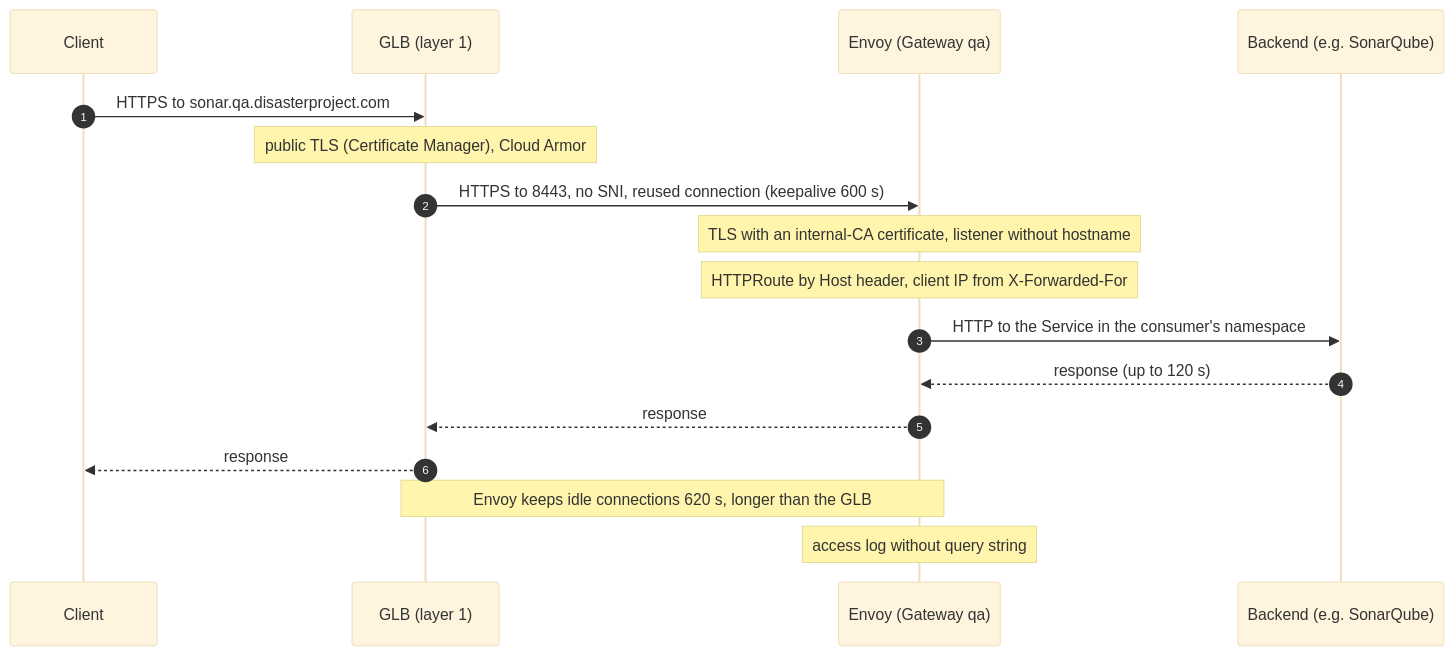
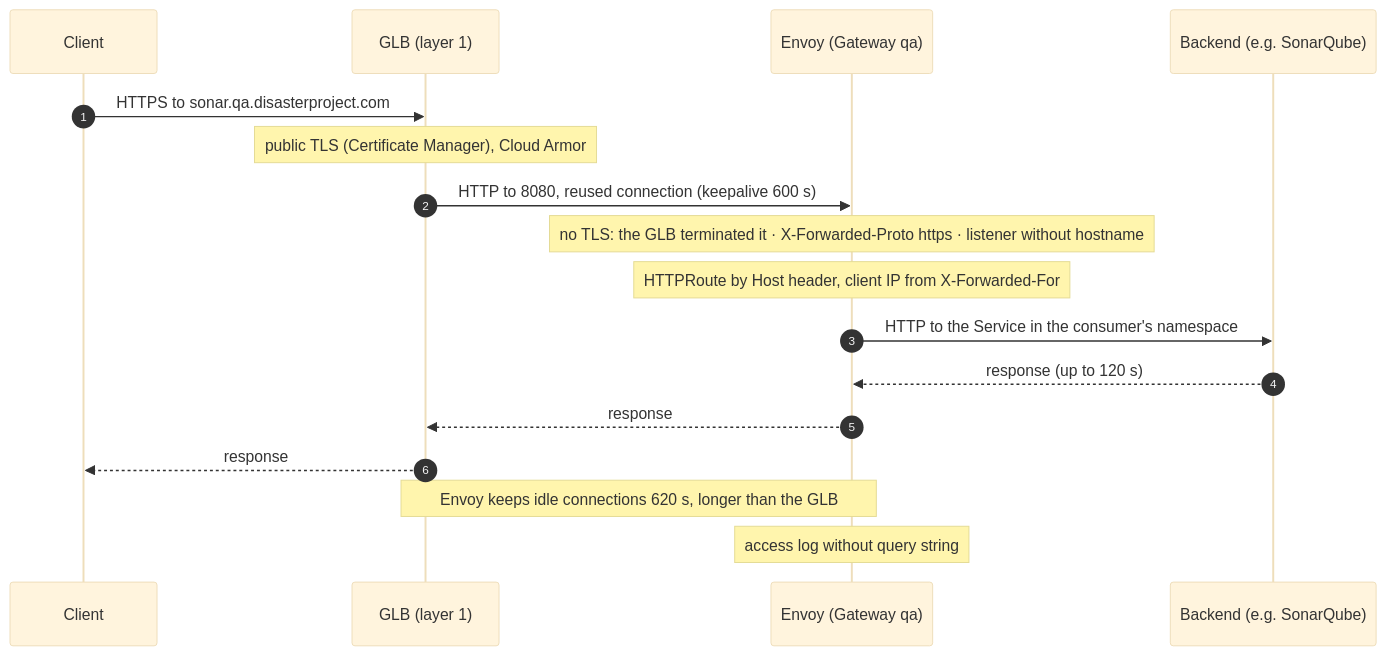
One commit to aescanero/proposal_documents changed the diagram in docs/en/proposals/envoy-gateway-qa/diagrams/02-camino-peticion.mmd. Above: the diagram before and after it, drawn with Mermaid (base theme). The commit also changed 53 other files, not shown here.

First line of the commit message:
Edge depends only downward: GLB to Envoy over HTTP (en and es)

```diff
--- a/docs/en/proposals/envoy-gateway-qa/diagrams/02-camino-peticion.mmd
+++ b/docs/en/proposals/envoy-gateway-qa/diagrams/02-camino-peticion.mmd
@@ -1,18 +1,18 @@
 sequenceDiagram
     autonumber
     participant C as Client
     participant G as GLB (layer 1)
     participant E as Envoy (Gateway qa)
     participant B as Backend (e.g. SonarQube)
 
     C->>G: HTTPS to sonar.qa.disasterproject.com
     Note over G: public TLS (Certificate Manager), Cloud Armor
-    G->>E: HTTPS to 8443, no SNI, reused connection (keepalive 600 s)
-    Note over E: TLS with an internal-CA certificate, listener without hostname
+    G->>E: HTTP to 8080, reused connection (keepalive 600 s)
+    Note over E: no TLS: the GLB terminated it · X-Forwarded-Proto https · listener without hostname
     Note over E: HTTPRoute by Host header, client IP from X-Forwarded-For
     E->>B: HTTP to the Service in the consumer's namespace
     B-->>E: response (up to 120 s)
     E-->>G: response
     G-->>C: response
     Note over E,G: Envoy keeps idle connections 620 s, longer than the GLB
     Note over E: access log without query string
```
